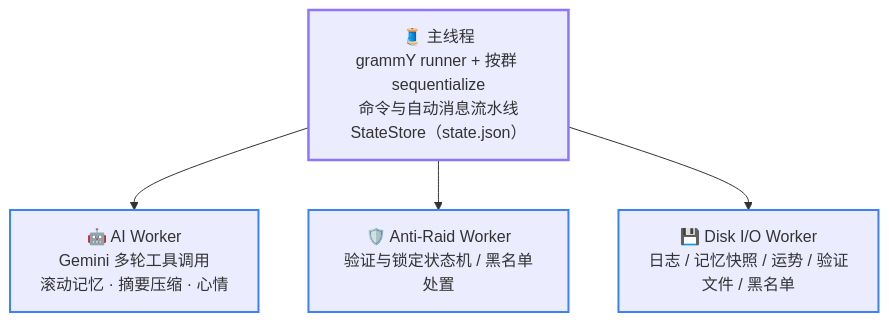
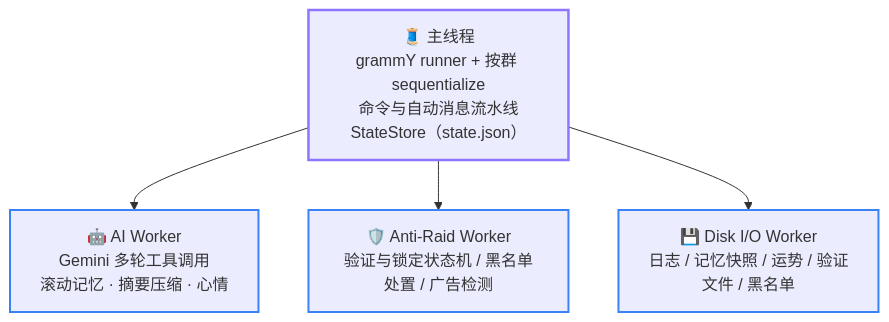
Before and after one commit to Asashishi/copy_ninjia: the first of 2 diagrams in docs/02-architecture.md, drawn with Mermaid. The commit also changed other lines of this file and 167 other files, not shown here.

````diff
--- a/docs/02-architecture.md
+++ b/docs/02-architecture.md
@@ -17,14 +17,14 @@
 ```mermaid
 flowchart TD
     classDef main stroke:#8e75ff,stroke-width:2.5px;
     classDef worker stroke:#3b82f6,stroke-width:2px;
 
     MAIN["🧵 主线程<br/>grammY runner + 按群 sequentialize<br/>命令与自动消息流水线<br/>StateStore（state.json）"]:::main
     AI["🤖 AI Worker<br/>Gemini 多轮工具调用<br/>滚动记忆 · 摘要压缩 · 心情"]:::worker
-    RAID["🛡️ Anti-Raid Worker<br/>验证与锁定状态机 / 黑名单处置"]:::worker
+    RAID["🛡️ Anti-Raid Worker<br/>验证与锁定状态机 / 黑名单处置 / 广告检测"]:::worker
     DISK["💾 Disk I/O Worker<br/>日志 / 记忆快照 / 运势 / 验证文件 / 黑名单"]:::worker
 
     MAIN --> AI
     MAIN --> RAID
     MAIN --> DISK
 ```
````
